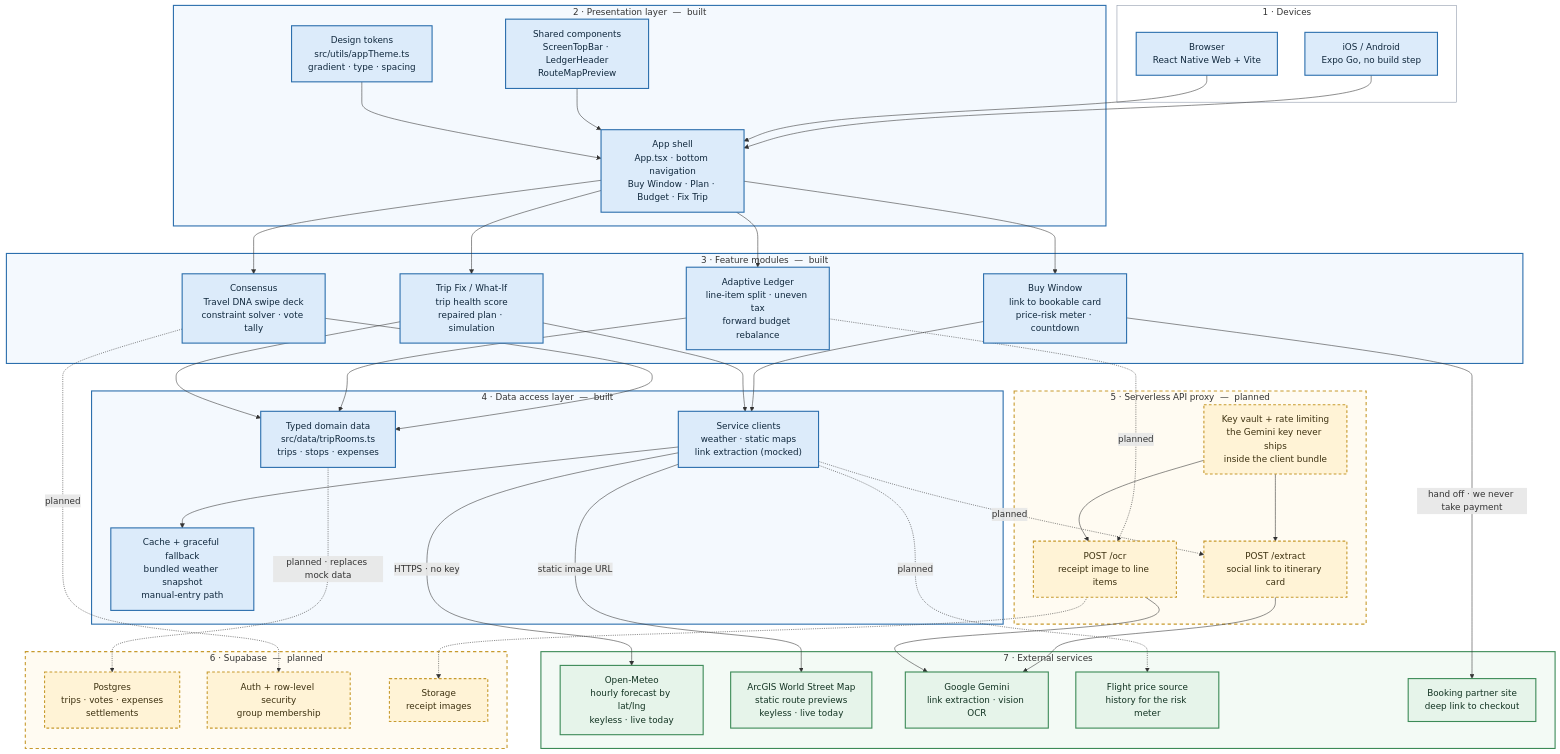
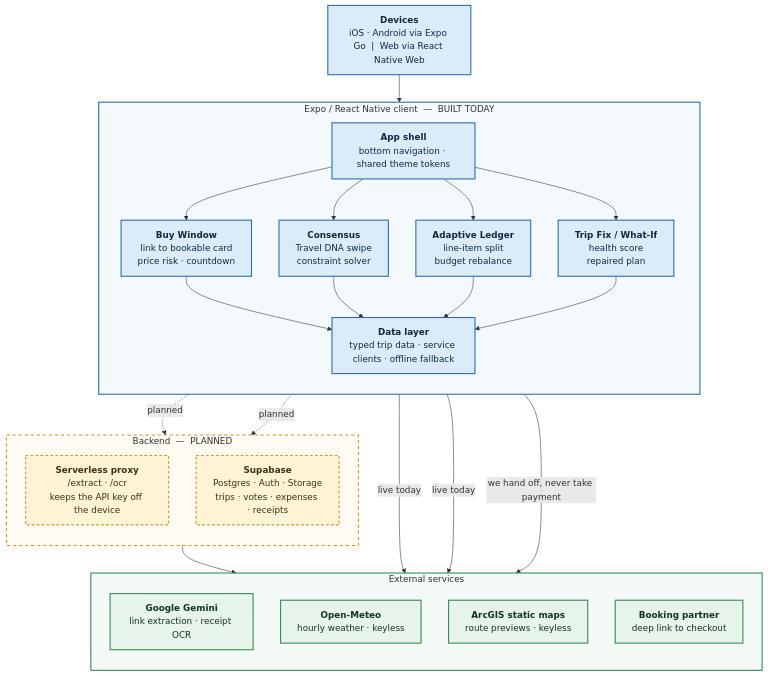
The diagram in docs/architecture/system-architecture.mmd (zengyi04/TripShield), drawn with Mermaid before and after one commit. The commit also changed 1 other file, not shown here.

Commit message:
Simplify the system architecture diagram

```diff
--- a/docs/architecture/system-architecture.mmd
+++ b/docs/architecture/system-architecture.mmd
@@ -1,94 +1,58 @@
 flowchart TD
 
-  subgraph DEV["1 · Devices"]
-    DV1["iOS / Android<br/>Expo Go, no build step"]
-    DV2["Browser<br/>React Native Web + Vite"]
+  DEV["<b>Devices</b><br/>iOS · Android via Expo Go &nbsp;|&nbsp; Web via React Native Web"]
+
+  subgraph CLIENT["Expo / React Native client &nbsp;—&nbsp; BUILT TODAY"]
+    direction TB
+    APP["<b>App shell</b><br/>bottom navigation · shared theme tokens"]
+
+    F1["<b>Buy Window</b><br/>link to bookable card<br/>price risk · countdown"]
+    F2["<b>Consensus</b><br/>Travel DNA swipe<br/>constraint solver"]
+    F3["<b>Adaptive Ledger</b><br/>line-item split<br/>budget rebalance"]
+    F4["<b>Trip Fix / What-If</b><br/>health score<br/>repaired plan"]
+
+    DATA["<b>Data layer</b><br/>typed trip data · service clients · offline fallback"]
   end
 
-  subgraph UI["2 · Presentation layer &nbsp;—&nbsp; built"]
-    U1["App shell<br/>App.tsx · bottom navigation<br/>Buy Window · Plan · Budget · Fix Trip"]
-    U2["Shared components<br/>ScreenTopBar · LedgerHeader<br/>RouteMapPreview"]
-    U3["Design tokens<br/>src/utils/appTheme.ts<br/>gradient · type · spacing"]
+  subgraph SERVER["Backend &nbsp;—&nbsp; PLANNED"]
+    direction TB
+    PROXY["<b>Serverless proxy</b><br/>/extract · /ocr<br/>keeps the API key off the device"]
+    SUPA["<b>Supabase</b><br/>Postgres · Auth · Storage<br/>trips · votes · expenses · receipts"]
   end
 
-  subgraph FEAT["3 · Feature modules &nbsp;—&nbsp; built"]
-    F1["Buy Window<br/>link to bookable card<br/>price-risk meter · countdown"]
-    F2["Consensus<br/>Travel DNA swipe deck<br/>constraint solver · vote tally"]
-    F3["Adaptive Ledger<br/>line-item split · uneven tax<br/>forward budget rebalance"]
-    F4["Trip Fix / What-If<br/>trip health score<br/>repaired plan · simulation"]
+  subgraph EXT["External services"]
+    direction TB
+    GEM["<b>Google Gemini</b><br/>link extraction · receipt OCR"]
+    METEO["<b>Open-Meteo</b><br/>hourly weather · keyless"]
+    MAPS["<b>ArcGIS static maps</b><br/>route previews · keyless"]
+    BOOK["<b>Booking partner</b><br/>deep link to checkout"]
   end
 
-  subgraph DL["4 · Data access layer &nbsp;—&nbsp; built"]
-    D1["Typed domain data<br/>src/data/tripRooms.ts<br/>trips · stops · expenses"]
-    D2["Service clients<br/>weather · static maps<br/>link extraction (mocked)"]
-    D3["Cache + graceful fallback<br/>bundled weather snapshot<br/>manual-entry path"]
-  end
+  DEV --> APP
+  APP --> F1
+  APP --> F2
+  APP --> F3
+  APP --> F4
+  F1 --> DATA
+  F2 --> DATA
+  F3 --> DATA
+  F4 --> DATA
 
-  subgraph EDGE["5 · Serverless API proxy &nbsp;—&nbsp; planned"]
-    P1["POST /extract<br/>social link to itinerary card"]
-    P2["POST /ocr<br/>receipt image to line items"]
-    P3["Key vault + rate limiting<br/>the Gemini key never ships<br/>inside the client bundle"]
-  end
-
-  subgraph BACK["6 · Supabase &nbsp;—&nbsp; planned"]
-    B1["Postgres<br/>trips · votes · expenses<br/>settlements"]
-    B2["Auth + row-level security<br/>group membership"]
-    B3["Storage<br/>receipt images"]
-  end
-
-  subgraph EXT["7 · External services"]
-    X2["Open-Meteo<br/>hourly forecast by lat/lng<br/>keyless · live today"]
-    X3["ArcGIS World Street Map<br/>static route previews<br/>keyless · live today"]
-    X1["Google Gemini<br/>link extraction · vision OCR"]
-    X4["Flight price source<br/>history for the risk meter"]
-    X5["Booking partner site<br/>deep link to checkout"]
-  end
-
-  DV1 --> U1
-  DV2 --> U1
-  U2 --> U1
-  U3 --> U1
-
-  U1 --> F1
-  U1 --> F2
-  U1 --> F3
-  U1 --> F4
-
-  F1 --> D2
-  F2 --> D1
-  F3 --> D1
-  F4 --> D1
-  F4 --> D2
-  D2 --> D3
-
-  D2 -->|HTTPS · no key| X2
-  D2 -->|static image URL| X3
-  F1 -->|hand off · we never take payment| X5
-
-  D2 -.->|planned| P1
-  F3 -.->|planned| P2
-  D2 -.->|planned| X4
-  D1 -.->|planned · replaces mock data| B1
-  F2 -.->|planned| B2
-
-  P3 --> P1
-  P3 --> P2
-  P1 --> X1
-  P2 --> X1
-  P2 -.-> B3
+  DATA -->|live today| METEO
+  DATA -->|live today| MAPS
+  F1 -->|we hand off, never take payment| BOOK
+  DATA -.->|planned| PROXY
+  DATA -.->|planned| SUPA
+  PROXY --> GEM
 
   classDef built fill:#DCEBFA,stroke:#2C6FAD,stroke-width:2px,color:#10283D;
   classDef planned fill:#FFF3D6,stroke:#C79A2E,stroke-width:2px,color:#3D3110,stroke-dasharray:5 4;
   classDef external fill:#E6F4EA,stroke:#3C8A57,stroke-width:2px,color:#123322;
 
-  class DV1,DV2,U1,U2,U3,F1,F2,F3,F4,D1,D2,D3 built;
-  class P1,P2,P3,B1,B2,B3 planned;
-  class X1,X2,X3,X4,X5 external;
+  class DEV,APP,F1,F2,F3,F4,DATA built;
+  class PROXY,SUPA planned;
+  class GEM,METEO,MAPS,BOOK external;
 
-  style DEV fill:#FFFFFF,stroke:#8A94A6
-  style UI fill:#F4F9FE,stroke:#2C6FAD,stroke-width:2px
-  style FEAT fill:#F4F9FE,stroke:#2C6FAD,stroke-width:2px
-  style DL fill:#F4F9FE,stroke:#2C6FAD,stroke-width:2px
-  style EDGE fill:#FFFBF2,stroke:#C79A2E,stroke-width:2px,stroke-dasharray:6 5
-  style BACK fill:#FFFBF2,stroke:#C79A2E,stroke-width:2px,stroke-dasharray:6 5
+  style CLIENT fill:#F4F9FE,stroke:#2C6FAD,stroke-width:2px
+  style SERVER fill:#FFFBF2,stroke:#C79A2E,stroke-width:2px,stroke-dasharray:6 5
   style EXT fill:#F3FAF5,stroke:#3C8A57,stroke-width:2px
```
